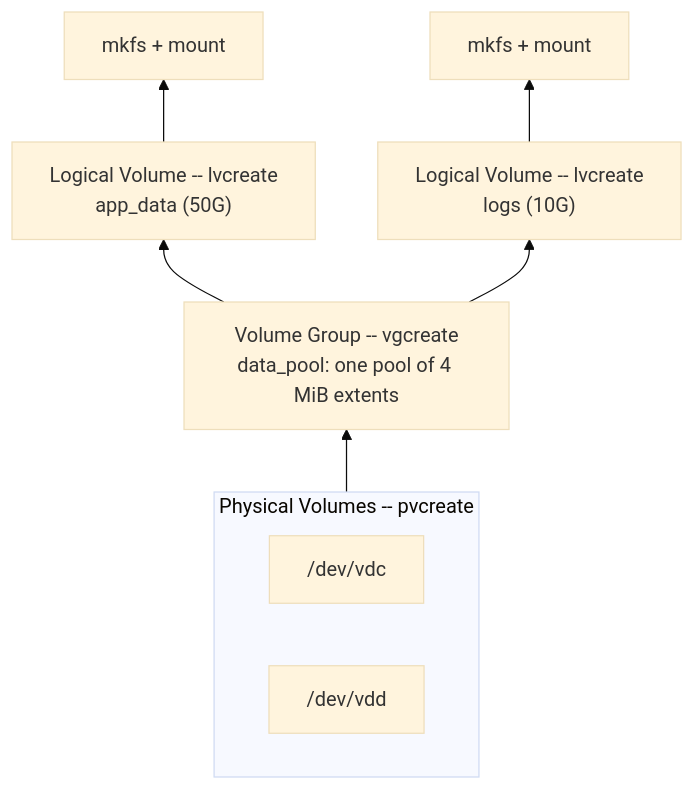
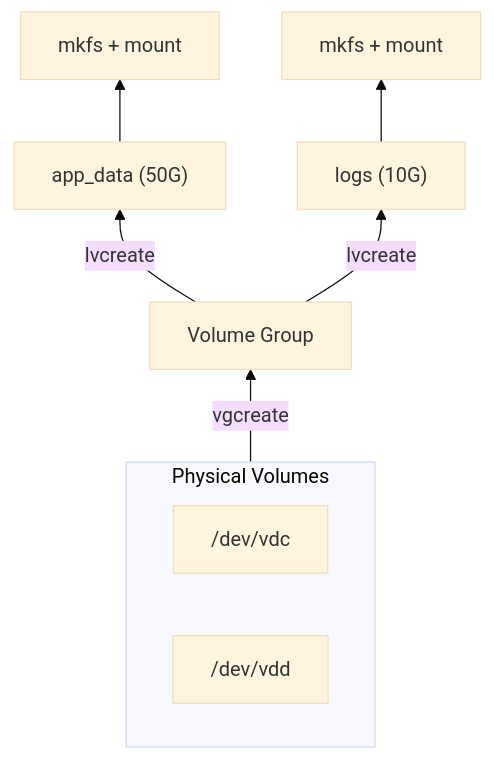
One commit to astrona-io/ATS004 changed the diagram in sections/section-030/module-01/course.md. Above: the diagram before and after it, drawn with Mermaid (base theme). The commit also changed other lines of this file and 287 other files, not shown here.

````diff
--- a/sections/section-030/module-01/course.md
+++ b/sections/section-030/module-01/course.md
@@ -14,13 +14,13 @@
 ```mermaid
 flowchart BT
-    subgraph PVs["Physical Volumes -- pvcreate"]
+    subgraph PVs["Physical Volumes"]
         direction LR
         PV1["/dev/vdc"]
         PV2["/dev/vdd"]
     end
-    PVs --> VG["Volume Group -- vgcreate<br/>data_pool: one pool of 4 MiB extents"]
-    VG --> LV1["Logical Volume -- lvcreate<br/>app_data (50G)"]
-    VG --> LV2["Logical Volume -- lvcreate<br/>logs (10G)"]
+    PVs -->|"vgcreate"| VG["Volume Group"]
+    VG -->|"lvcreate"| LV1["app_data (50G)"]
+    VG -->|"lvcreate"| LV2["logs (10G)"]
     LV1 --> FS1["mkfs + mount"]
     LV2 --> FS2["mkfs + mount"]
 ```
````
